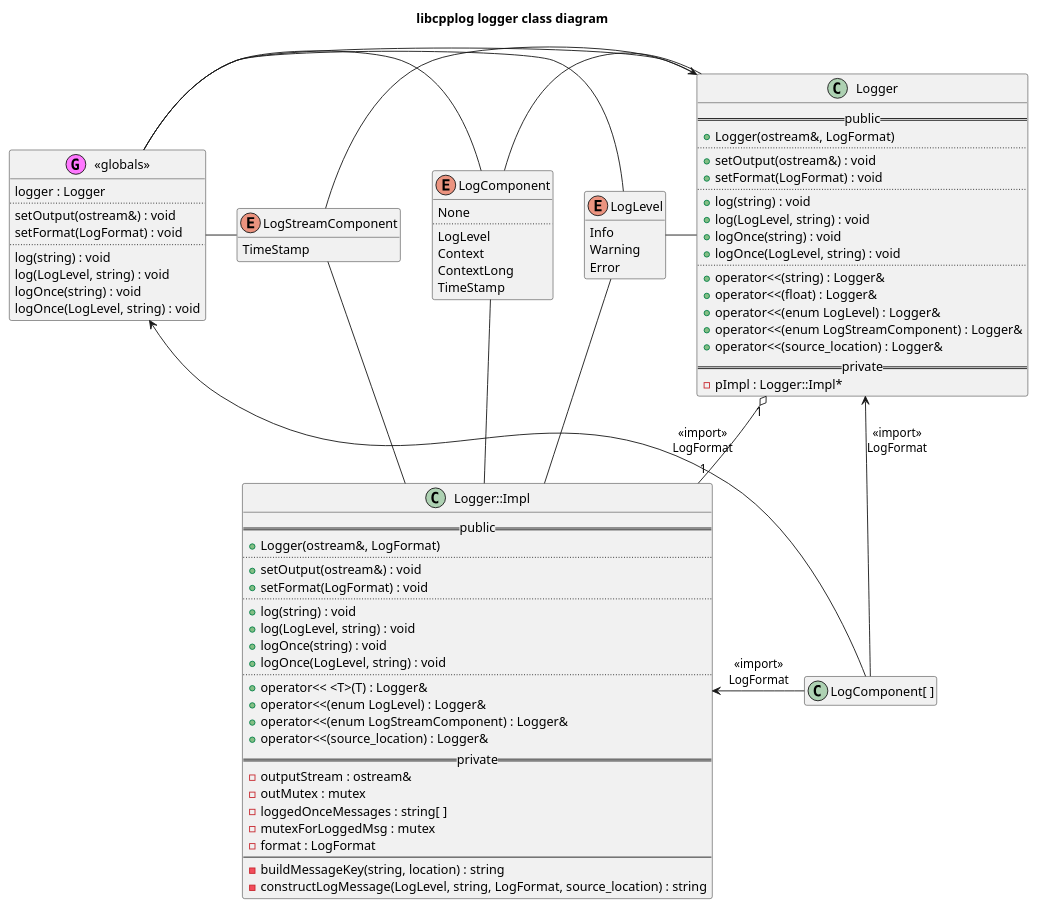
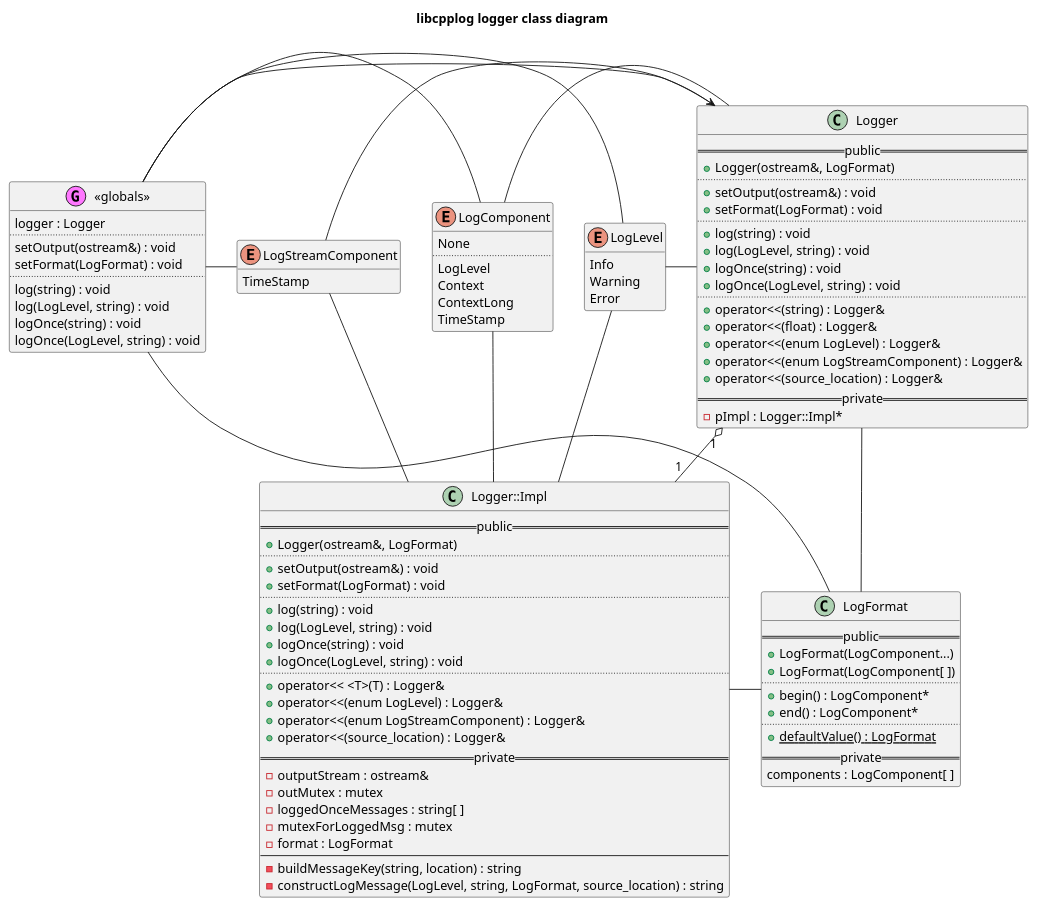
The diagram in libcpplog/logger/doc/class.puml (kfpgk/libcpplog), drawn with PlantUML before and after one commit. The commit also changed 12 other files, not shown here.

Commit message:
Make LogFormat an own class to enable cleaner interface

```diff
--- a/libcpplog/logger/doc/class.puml
+++ b/libcpplog/logger/doc/class.puml
@@ -1,109 +1,119 @@
 @startuml logger-class-diagram
 
 title libcpplog logger class diagram
 
 enum LogLevel {
     Info
     Warning
     Error
 }
 hide LogLevel methods
 
 enum LogComponent {
     None
     ..
     LogLevel
     Context
     ContextLong
     TimeStamp
 }
 
 enum LogStreamComponent {
     TimeStamp
 }
 hide LogStreamComponent methods
 
-class "LogComponent[ ]" as LogComponentArray 
-hide LogComponentArray members
+class LogFormat {
+    == public ==
+    + LogFormat(LogComponent...)
+    + LogFormat(LogComponent[ ])
+    ..
+    + begin() : LogComponent*
+    + end() : LogComponent*
+    ..
+    + {static} defaultValue() : LogFormat
+    == private ==
+    components : LogComponent[ ]
+}
 
 class Logger {
     == public ==
     + Logger(ostream&, LogFormat)
     ..
     + setOutput(ostream&) : void
     + setFormat(LogFormat) : void
     ..
     + log(string) : void
     + log(LogLevel, string) : void
     + logOnce(string) : void
     + logOnce(LogLevel, string) : void
     ..
     + operator<<(string) : Logger&
     + operator<<(float) : Logger&
     + operator<<(enum LogLevel) : Logger&
     + operator<<(enum LogStreamComponent) : Logger&
     + operator<<(source_location) : Logger&
     == private ==
     - pImpl : Logger::Impl*
 }
 
 class "<<globals>>" as globals << (G,#FF77FF) >> {
     logger : Logger
     ..
     setOutput(ostream&) : void
     setFormat(LogFormat) : void
     ..
     log(string) : void
     log(LogLevel, string) : void
     logOnce(string) : void
     logOnce(LogLevel, string) : void
 }
 
 class "Logger::Impl" as LoggerImpl {
     == public ==
     + Logger(ostream&, LogFormat)
     ..
     + setOutput(ostream&) : void
     + setFormat(LogFormat) : void
     ..
     + log(string) : void
     + log(LogLevel, string) : void
     + logOnce(string) : void
     + logOnce(LogLevel, string) : void
     ..
     + operator<< <T>(T) : Logger&
     + operator<<(enum LogLevel) : Logger&
     + operator<<(enum LogStreamComponent) : Logger&
     + operator<<(source_location) : Logger&
     == private ==
     - outputStream : ostream&
     - outMutex : mutex
     - loggedOnceMessages : string[ ]
     - mutexForLoggedMsg : mutex
     - format : LogFormat
     --
     - buildMessageKey(string, location) : string
     - constructLogMessage(LogLevel, string, LogFormat, source_location) : string
 }
 
 Logger "1" o-- "1" LoggerImpl
 
 LogLevel - Logger
 LogComponent - Logger
 LogStreamComponent - Logger
 
 LogLevel - LoggerImpl
 LogComponent - LoggerImpl
 LogStreamComponent - LoggerImpl
 
 LogLevel -left- globals
 LogComponent -left- globals
 LogStreamComponent -left- globals
 
-Logger <- LogComponentArray : <<import>>\nLogFormat
-LoggerImpl <- LogComponentArray : <<import>>\nLogFormat
-globals <- LogComponentArray : <<import>>\nLogFormat
+Logger - LogFormat
+LoggerImpl - LogFormat 
+globals - LogFormat
 
 globals -> Logger
 
 @enduml
```
